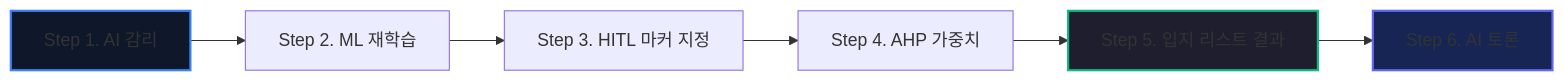
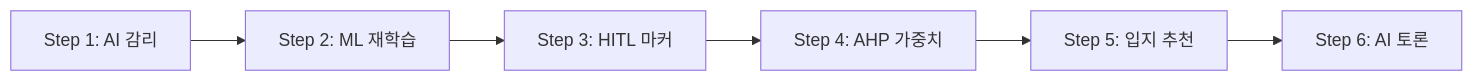
Before and after one commit to Jonghyeon-Bae/OmniSite: the second of 2 diagrams in 결과보고/OmniSite_전체시스템_정밀_기술해설서.md, drawn with Mermaid. The commit also changed other lines of this file and 7 other files, not shown here.

````diff
--- a/결과보고/OmniSite_전체시스템_정밀_기술해설서.md
+++ b/결과보고/OmniSite_전체시스템_정밀_기술해설서.md
@@ -10,12 +138,8 @@
 ```mermaid
 graph LR
-    S1["Step 1. AI 감리"] --> S2["Step 2. ML 재학습"]
-    S2 --> S3["Step 3. HITL 마커 지정"]
-    S3 --> S4["Step 4. AHP 가중치"]
-    S4 --> S5["Step 5. 입지 리스트 결과"]
-    S5 --> S6["Step 6. AI 토론"]
-
-    style S1 fill:#0f172a,stroke:#3b82f6,stroke-width:2px;
-    style S5 fill:#1e1e2f,stroke:#10b981,stroke-width:2px;
-    style S6 fill:#172554,stroke:#6366f1,stroke-width:2px;
+    S1[Step 1: AI 감리] --> S2[Step 2: ML 재학습]
+    S2 --> S3[Step 3: HITL 마커]
+    S3 --> S4[Step 4: AHP 가중치]
+    S4 --> S5[Step 5: 입지 추천]
+    S5 --> S6[Step 6: AI 토론]
 ```
````
